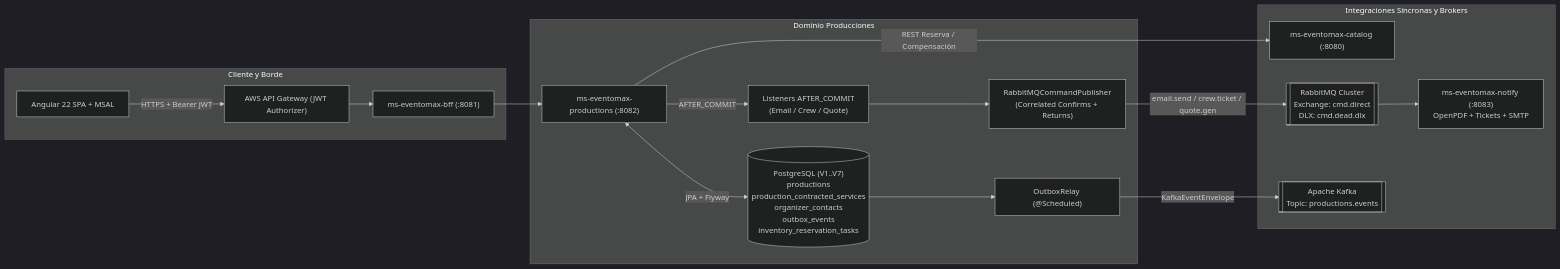
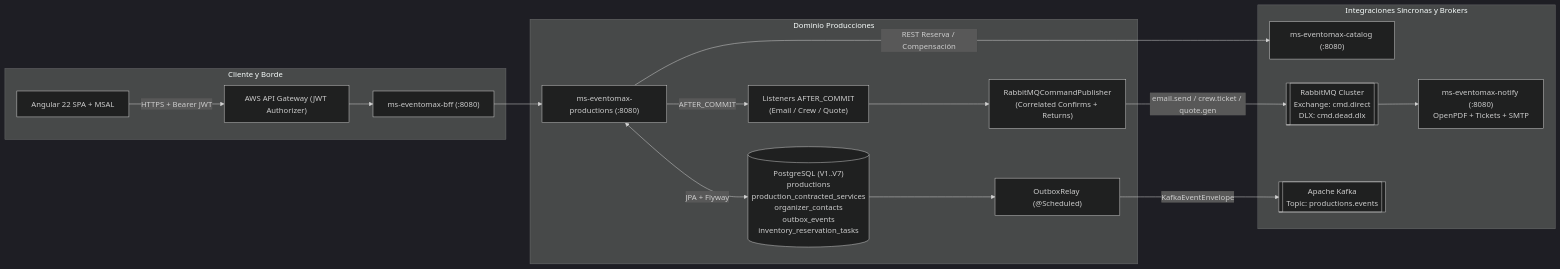
Before and after one commit to Nachovn12/ms-eventomax-productions: the diagram in README.md, drawn with Mermaid (dark theme). The commit also changed other lines of this file and 10 other files, not shown here.

Commit message:
feat(productions): expose contracted services and quote-command republish endpoints and harden prod compose

````diff
--- a/README.md
+++ b/README.md
@@ -24,30 +24,30 @@
 ```mermaid
 flowchart LR
     subgraph Cliente y Borde
         SPA["Angular 22 SPA + MSAL"]
         APIGW["AWS API Gateway (JWT Authorizer)"]
-        BFF["ms-eventomax-bff (:8081)"]
+        BFF["ms-eventomax-bff (:8080)"]
     end
 
     subgraph Dominio Producciones
-        PROD["ms-eventomax-productions (:8082)"]
+        PROD["ms-eventomax-productions (:8080)"]
         PG_PROD[("PostgreSQL (V1..V7)\nproductions\nproduction_contracted_services\norganizer_contacts\noutbox_events\ninventory_reservation_tasks")]
         AFTER_COMMIT["Listeners AFTER_COMMIT\n(Email / Crew / Quote)"]
         PUB["RabbitMQCommandPublisher\n(Correlated Confirms + Returns)"]
         RELAY["OutboxRelay (@Scheduled)"]
     end
 
     subgraph Integraciones Síncronas y Brokers
         CAT["ms-eventomax-catalog (:8080)"]
         RMQ[["RabbitMQ Cluster\nExchange: cmd.direct\nDLX: cmd.dead.dlx"]]
         KFK[["Apache Kafka\nTopic: productions.events"]]
-        NOTIFY["ms-eventomax-notify (:8083)\nOpenPDF + Tickets + SMTP"]
+        NOTIFY["ms-eventomax-notify (:8080)\nOpenPDF + Tickets + SMTP"]
     end
 
     SPA -->|HTTPS + Bearer JWT| APIGW --> BFF --> PROD
     PROD <-->|JPA + Flyway| PG_PROD
     PROD -->|REST Reserva / Compensación| CAT
     PROD -->|AFTER_COMMIT| AFTER_COMMIT --> PUB
     PUB -->|email.send / crew.ticket / quote.gen| RMQ --> NOTIFY
     PG_PROD --> RELAY -->|KafkaEventEnvelope| KFK
 ```
````
